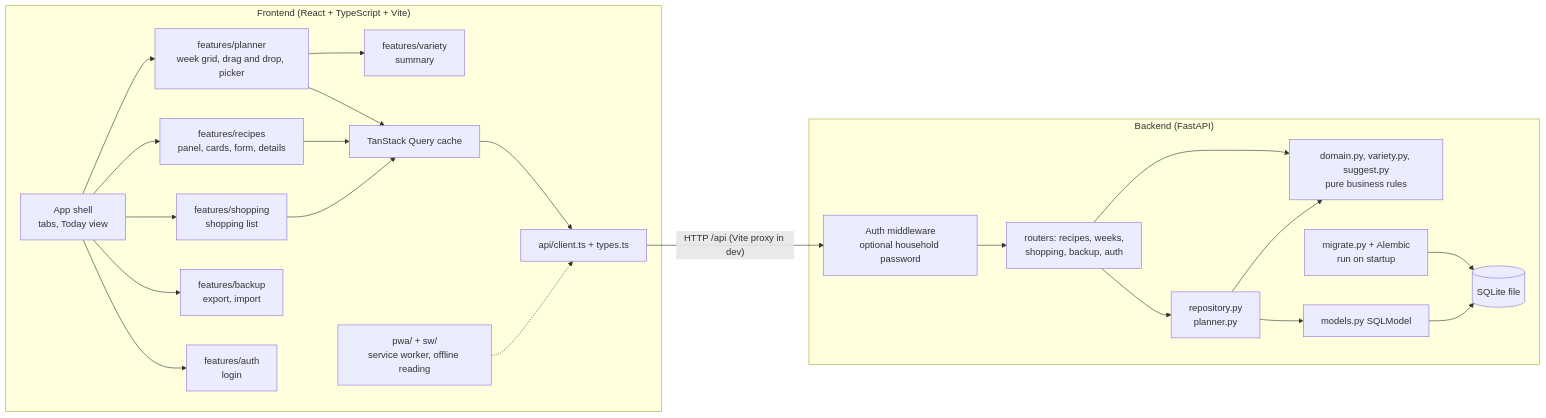
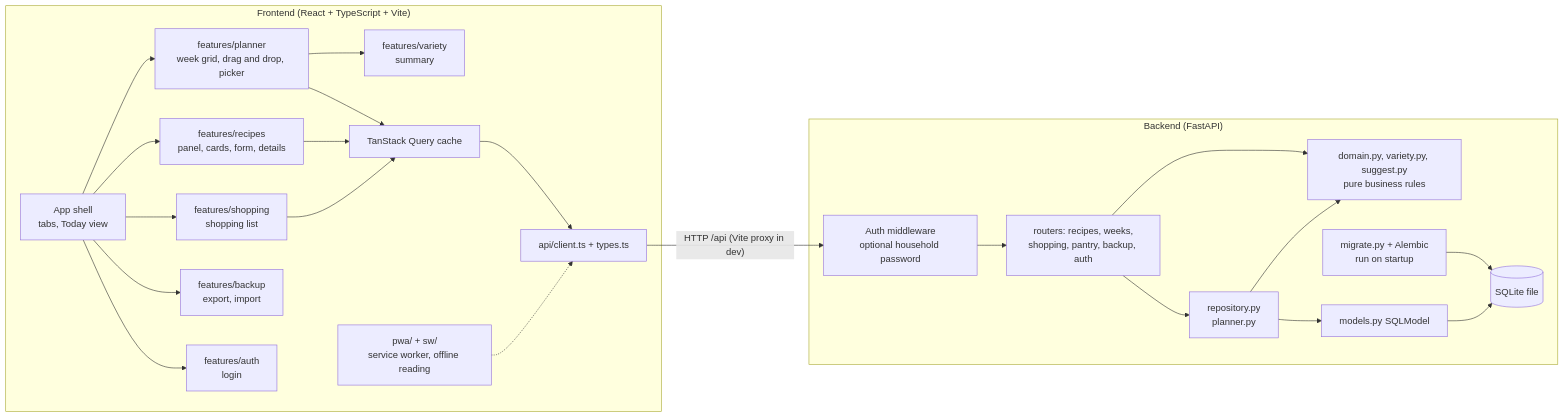
One commit to renefs/cociboard changed the diagram in README.md. Above: the diagram before and after it, drawn with Mermaid. The commit also changed other lines of this file and 43 other files, not shown here.

First line of the commit message:
feat: pantry staples in the shopping list (v0.20.0)

````diff
--- a/README.md
+++ b/README.md
@@ -37,26 +38,26 @@
 ```mermaid
 flowchart LR
   subgraph Browser["Frontend (React + TypeScript + Vite)"]
     App[App shell<br/>tabs, Today view] --> Planner[features/planner<br/>week grid, drag and drop, picker]
     App --> Recipes[features/recipes<br/>panel, cards, form, details]
     App --> Shopping[features/shopping<br/>shopping list]
     App --> Backup[features/backup<br/>export, import]
     App --> Auth[features/auth<br/>login]
     Planner --> Variety[features/variety<br/>summary]
     Planner --> Query[TanStack Query cache]
     Recipes --> Query
     Shopping --> Query
     Query --> Client[api/client.ts + types.ts]
     PWA[pwa/ + sw/<br/>service worker, offline reading] -.-> Client
   end
   Client -- "HTTP /api (Vite proxy in dev)" --> Mw[Auth middleware<br/>optional household password]
   subgraph Server["Backend (FastAPI)"]
-    Mw --> Routers[routers: recipes, weeks,<br/>shopping, backup, auth]
+    Mw --> Routers[routers: recipes, weeks,<br/>shopping, pantry, backup, auth]
     Routers --> Repo[repository.py<br/>planner.py]
     Routers --> Rules[domain.py, variety.py, suggest.py<br/>pure business rules]
     Repo --> Rules
     Repo --> Models[models.py SQLModel]
     Mig[migrate.py + Alembic<br/>run on startup] --> DB
   end
   Models --> DB[(SQLite file)]
 ```
````
